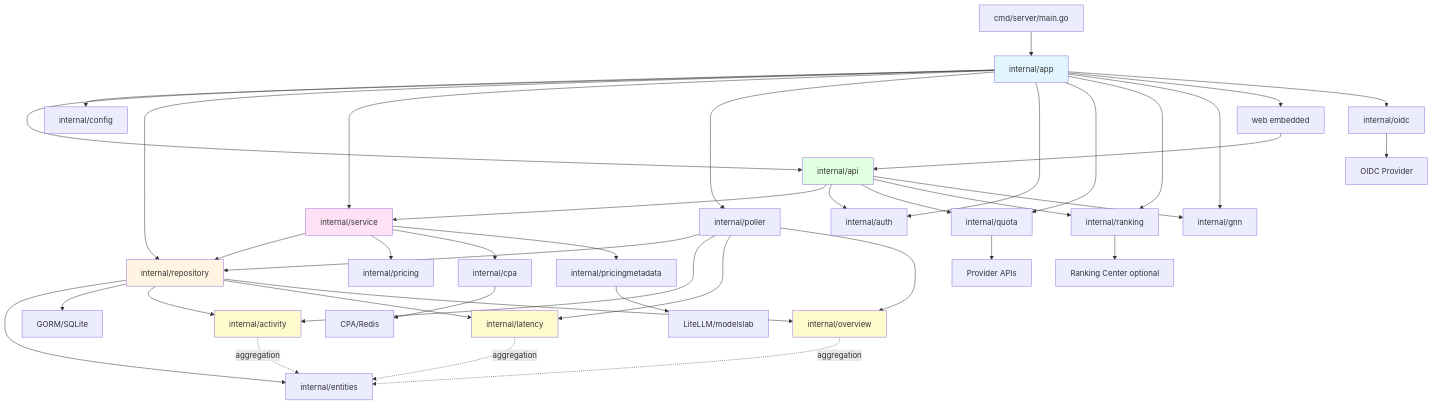
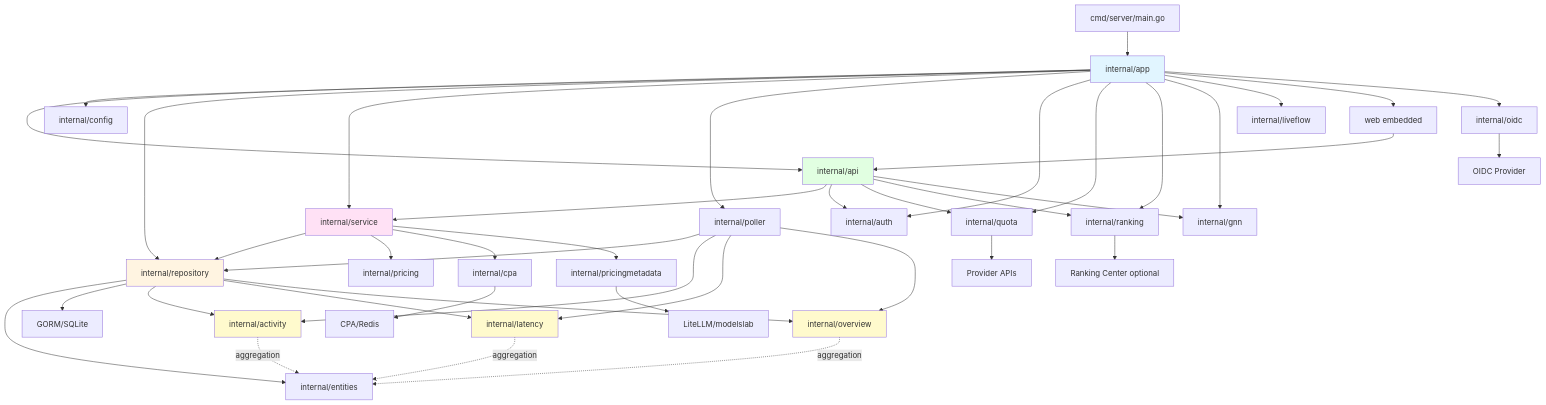
Before and after one commit to blackhiden/cpa-usage-keeper: the diagram in docs/CODE_GRAPH.md, drawn with Mermaid. The commit also changed other lines of this file and 6 other files, not shown here.

Commit message:
docs(live-flow): document alias block naming and canvas overlap/z-index guards

````diff
--- a/docs/CODE_GRAPH.md
+++ b/docs/CODE_GRAPH.md
@@ -122,57 +122,58 @@
 ```mermaid
 graph TD
     A[cmd/server/main.go] --> B[internal/app]
     B --> C[internal/api]
     B --> D[internal/config]
     B --> E[internal/repository]
     B --> F[internal/service]
     B --> G[internal/poller]
     B --> H[internal/auth]
     B --> I[internal/quota]
     B --> J[internal/ranking]
     B --> K[internal/gnn]
+    B --> LF[internal/liveflow]
     B --> L[web embedded]
     B --> OIDC[internal/oidc]
     
     C --> F
     C --> H
     C --> I
     C --> J
     C --> K
     
     F --> E
     F --> M[internal/pricing]
     F --> N[internal/cpa]
     F --> PM[internal/pricingmetadata]
     
     G --> E
     G --> O[internal/activity]
     G --> P[internal/latency]
     G --> Q[internal/overview]
     
     E --> R[internal/entities]
     E --> S[GORM/SQLite]
     E --> O
     E --> P
     E --> Q
     
     I --> T[Provider APIs]
     J --> U[Ranking Center optional]
     N --> V[CPA/Redis]
     OIDC --> W[OIDC Provider]
     PM --> X[LiteLLM/modelslab]
     
     O -.aggregation.-> R
     P -.aggregation.-> R
     Q -.aggregation.-> R
     
     L --> C
     
     style B fill:#e1f5ff
     style E fill:#fff4e1
     style F fill:#ffe1f5
     style C fill:#e1ffe1
     style O fill:#fffacd
     style P fill:#fffacd
     style Q fill:#fffacd
 ```
````
